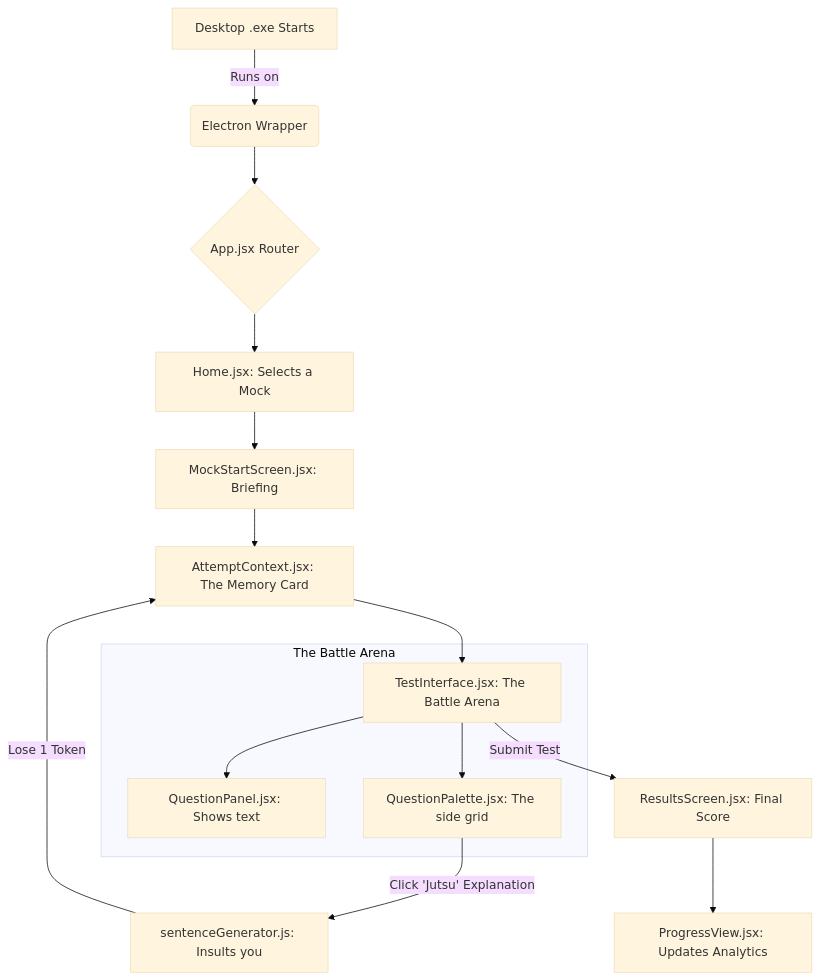
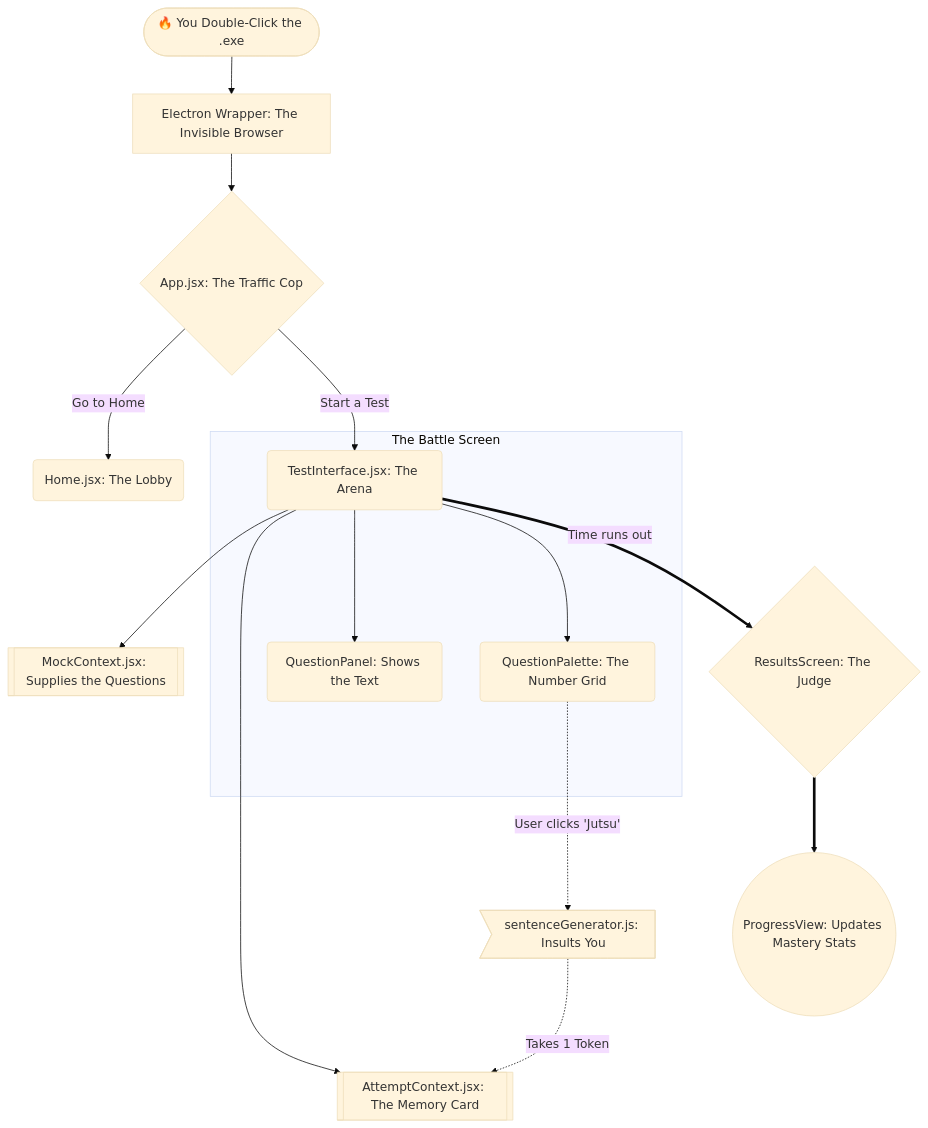
One commit to ursabastin/Cet_engine changed the diagram in README.md. Above: the diagram before and after it, drawn with Mermaid (base theme). The commit also changed other lines of this file, not shown here.

````diff
--- a/README.md
+++ b/README.md
@@ -17,20 +22,22 @@
 ```mermaid
 graph TD
-    A[Desktop .exe Starts] -->|Runs on| B(Electron Wrapper)
-    B --> C{App.jsx Router}
-    C --> D[Home.jsx: Selects a Mock]
-    D --> E[MockStartScreen.jsx: Briefing]
-    E --> F[AttemptContext.jsx: The Memory Card]
-    F --> G[TestInterface.jsx: The Battle Arena]
+    A([🔥 You Double-Click the .exe]) --> B[Electron Wrapper: The Invisible Browser]
+    B --> C{App.jsx: The Traffic Cop}
     
-    subgraph The Battle Arena
-        G --> H[QuestionPanel.jsx: Shows text]
-        G --> I[QuestionPalette.jsx: The side grid]
+    C -->|Go to Home| D(Home.jsx: The Lobby)
+    C -->|Start a Test| E(TestInterface.jsx: The Arena)
+    
+    E --> F[[MockContext.jsx: Supplies the Questions]]
+    E --> G[[AttemptContext.jsx: The Memory Card]]
+    
+    subgraph The Battle Screen
+        E --> H(QuestionPanel: Shows the Text)
+        E --> I(QuestionPalette: The Number Grid)
     end
     
-    I -->|Click 'Jutsu' Explanation| J[sentenceGenerator.js: Insults you]
-    J -->|Lose 1 Token| F
+    I -.->|User clicks 'Jutsu'| J>sentenceGenerator.js: Insults You]
+    J -.->|Takes 1 Token| G
     
-    G -->|Submit Test| K[ResultsScreen.jsx: Final Score]
-    K --> L[ProgressView.jsx: Updates Analytics]
+    E ==>|Time runs out| K{ResultsScreen: The Judge}
+    K ==> L((ProgressView: Updates Mastery Stats))
 ```
````
